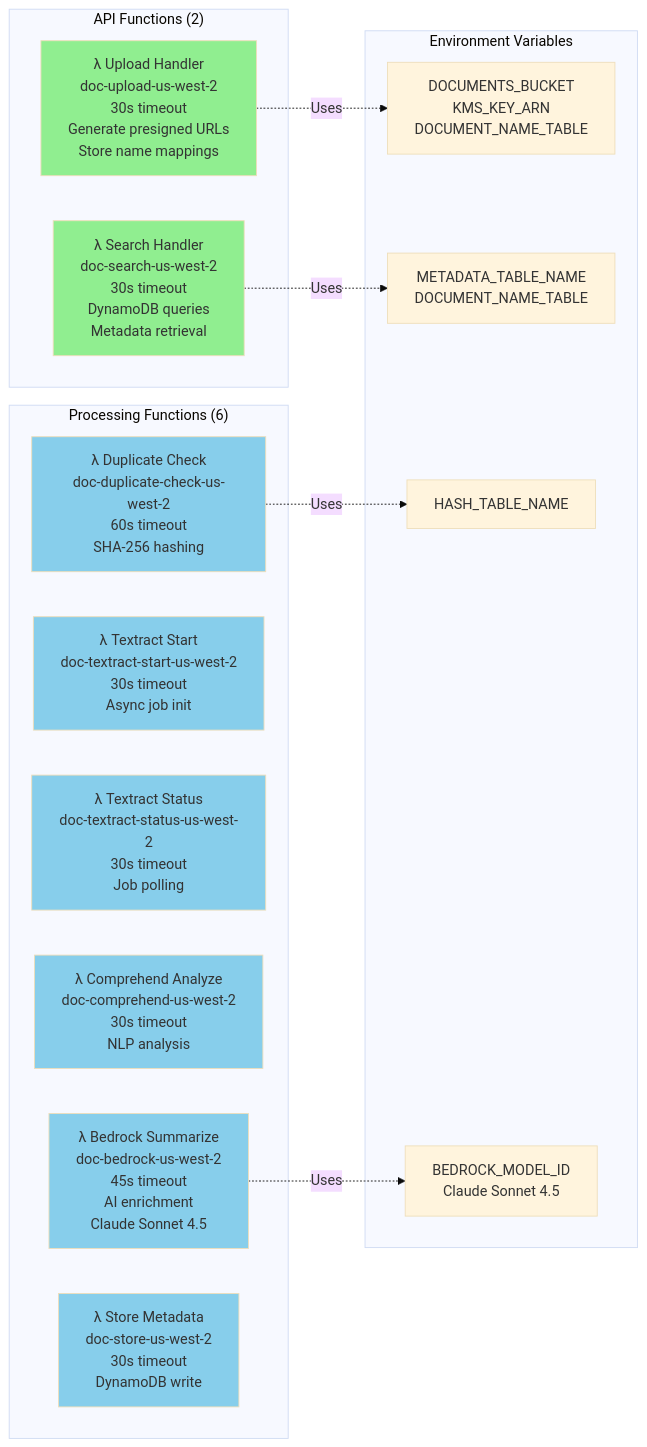
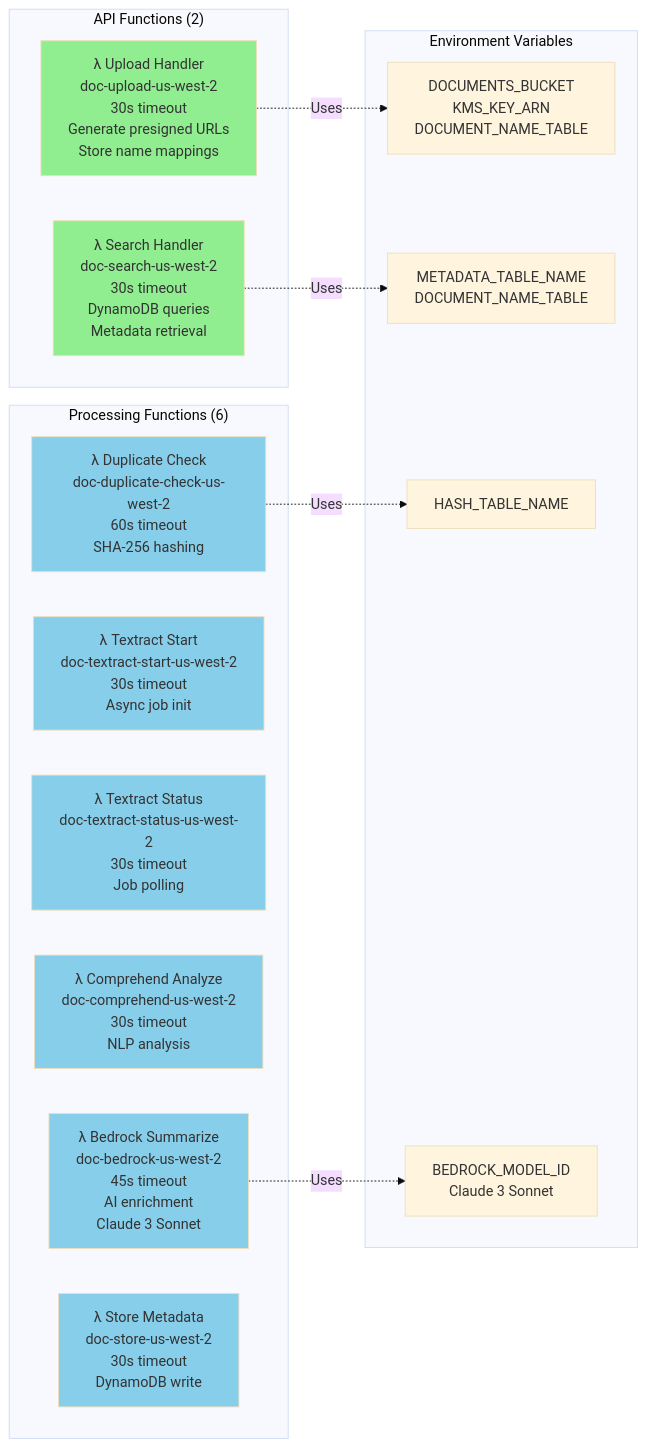
Before and after one commit to annabook21/IntelligentDoc_Processor: the second of 13 diagrams in ARCHITECTURE.md, drawn with Mermaid (base theme). The commit also changed other lines of this file and 3 other files, not shown here.

First line of the commit message:
Fix: Revert to correct Bedrock model - Claude 3 Sonnet (not 4.5)

````diff
--- a/ARCHITECTURE.md
+++ b/ARCHITECTURE.md
@@ -219,37 +219,37 @@
 ```mermaid
 graph LR
     subgraph "API Functions (2)"
         Upload[λ Upload Handler<br/>doc-upload-us-west-2<br/>30s timeout<br/>Generate presigned URLs<br/>Store name mappings]
         Search[λ Search Handler<br/>doc-search-us-west-2<br/>30s timeout<br/>DynamoDB queries<br/>Metadata retrieval]
     end
 
     subgraph "Processing Functions (6)"
         DupCheck[λ Duplicate Check<br/>doc-duplicate-check-us-west-2<br/>60s timeout<br/>SHA-256 hashing]
         TextStart[λ Textract Start<br/>doc-textract-start-us-west-2<br/>30s timeout<br/>Async job init]
         TextStatus[λ Textract Status<br/>doc-textract-status-us-west-2<br/>30s timeout<br/>Job polling]
         Comp[λ Comprehend Analyze<br/>doc-comprehend-us-west-2<br/>30s timeout<br/>NLP analysis]
-        BR[λ Bedrock Summarize<br/>doc-bedrock-us-west-2<br/>45s timeout<br/>AI enrichment<br/>Claude Sonnet 4.5]
+        BR[λ Bedrock Summarize<br/>doc-bedrock-us-west-2<br/>45s timeout<br/>AI enrichment<br/>Claude 3 Sonnet]
         Store[λ Store Metadata<br/>doc-store-us-west-2<br/>30s timeout<br/>DynamoDB write]
     end
 
     subgraph "Environment Variables"
         ENV1[DOCUMENTS_BUCKET<br/>KMS_KEY_ARN<br/>DOCUMENT_NAME_TABLE]
         ENV2[METADATA_TABLE_NAME<br/>DOCUMENT_NAME_TABLE]
         ENV3[HASH_TABLE_NAME]
-        ENV4[BEDROCK_MODEL_ID<br/>Claude Sonnet 4.5]
+        ENV4[BEDROCK_MODEL_ID<br/>Claude 3 Sonnet]
     end
 
     Upload -.->|Uses| ENV1
     Search -.->|Uses| ENV2
     DupCheck -.->|Uses| ENV3
     BR -.->|Uses| ENV4
 
     style Upload fill:#90EE90
     style Search fill:#90EE90
     style DupCheck fill:#87CEEB
     style TextStart fill:#87CEEB
     style TextStatus fill:#87CEEB
     style Comp fill:#87CEEB
     style BR fill:#87CEEB
     style Store fill:#87CEEB
 ```
````
